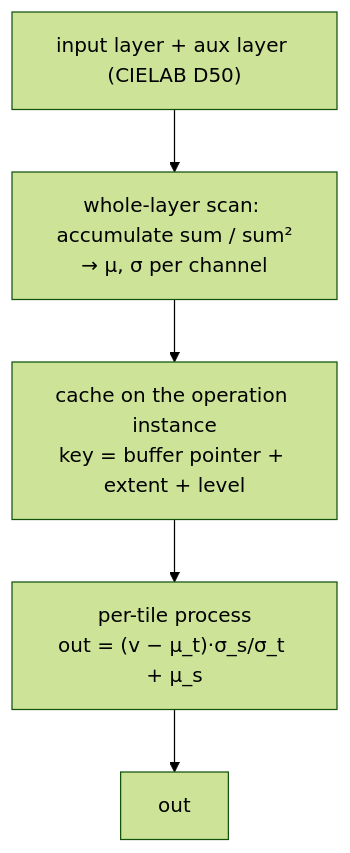
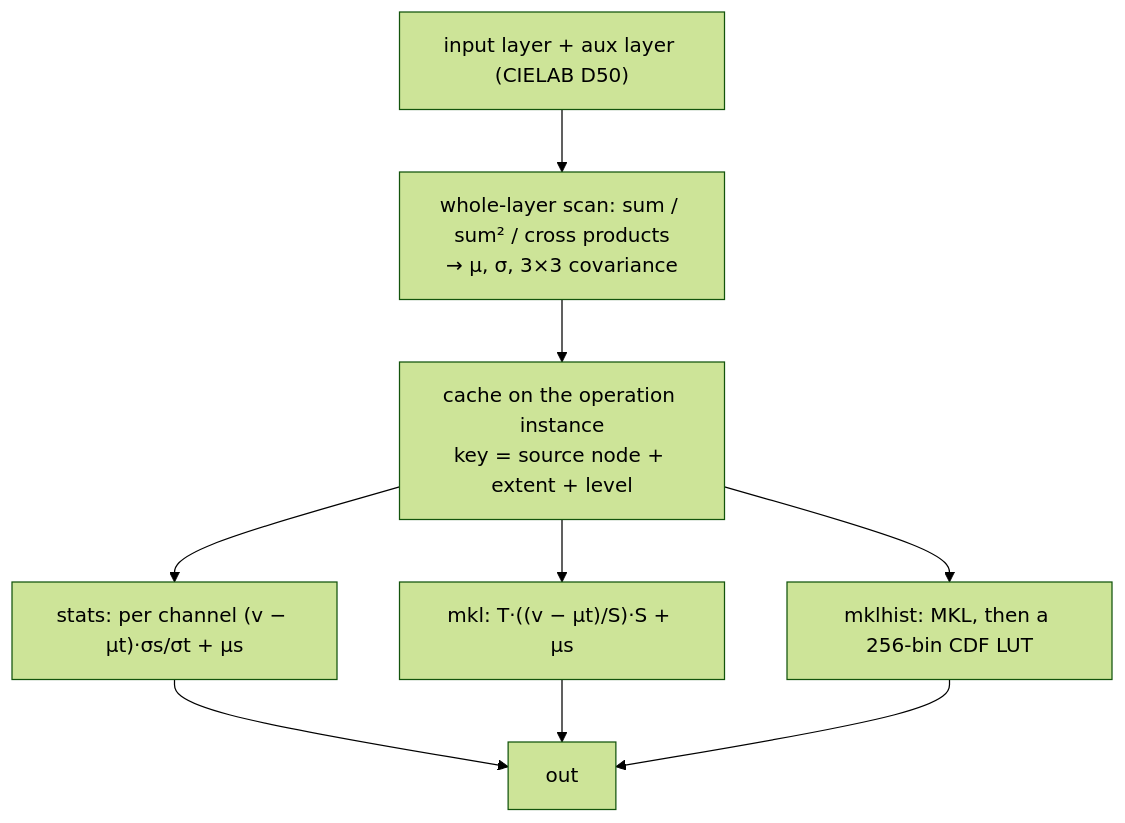
One commit to SuperMrWang-DEV/gegl-color-ops changed the diagram in tools/site/en/match-color.md. Above: the diagram before and after it, drawn with Mermaid (forest theme). The commit also changed other lines of this file and 6 other files, not shown here.

````diff
--- a/tools/site/en/match-color.md
+++ b/tools/site/en/match-color.md
@@ -19,7 +50,11 @@
 ```mermaid
 flowchart TD
-  A["input layer + aux layer (CIELAB D50)"] --> B["whole-layer scan: accumulate sum / sum²<br/>→ μ, σ per channel"]
-  B --> C["cache on the operation instance<br/>key = buffer pointer + extent + level"]
-  C --> D["per-tile process<br/>out = (v − μ_t)·σ_s/σ_t + μ_s"]
-  D --> E["out"]
+  A["input layer + aux layer (CIELAB D50)"] --> B["whole-layer scan: sum / sum² / cross products<br/>→ μ, σ, 3×3 covariance"]
+  B --> C["cache on the operation instance<br/>key = source node + extent + level"]
+  C --> D1["stats: per channel (v − μt)·σs/σt + μs"]
+  C --> D2["mkl: T·((v − μt)/S)·S + μs"]
+  C --> D3["mklhist: MKL, then a 256-bin CDF LUT"]
+  D1 --> E["out"]
+  D2 --> E
+  D3 --> E
 ```
````
